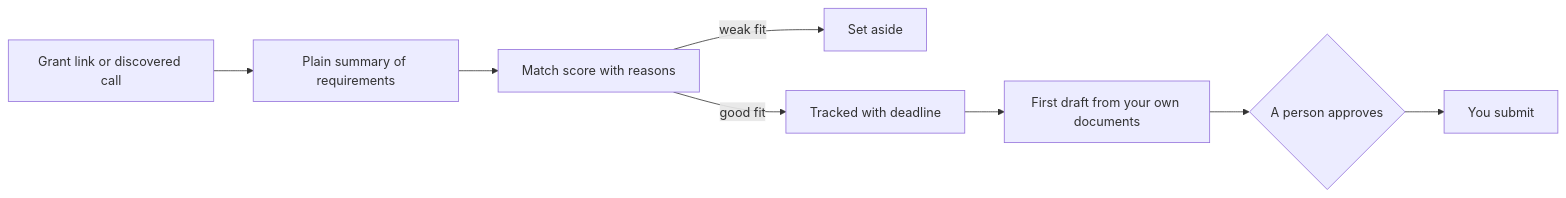
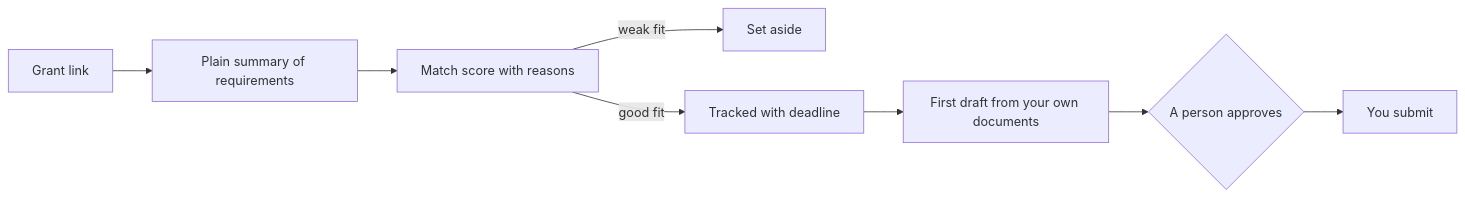
The diagram in README.md (Mohanad1st/grantsai-showcase), drawn with Mermaid before and after one commit. The commit also changed other lines of this file, not shown here.

Commit message:
docs: final wording pass

````diff
--- a/README.md
+++ b/README.md
@@ -22,10 +22,10 @@
 ```mermaid
 flowchart LR
-  A[Grant link or discovered call] --> B[Plain summary of requirements]
+  A[Grant link] --> B[Plain summary of requirements]
   B --> C[Match score with reasons]
   C -- weak fit --> Z[Set aside]
   C -- good fit --> D[Tracked with deadline]
   D --> E[First draft from your own documents]
   E --> F{A person approves}
   F --> G[You submit]
 ```
````
